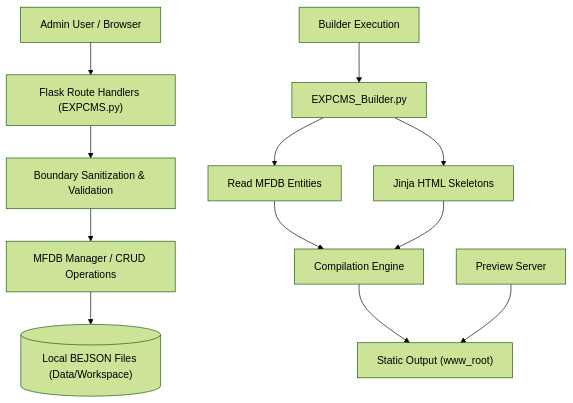
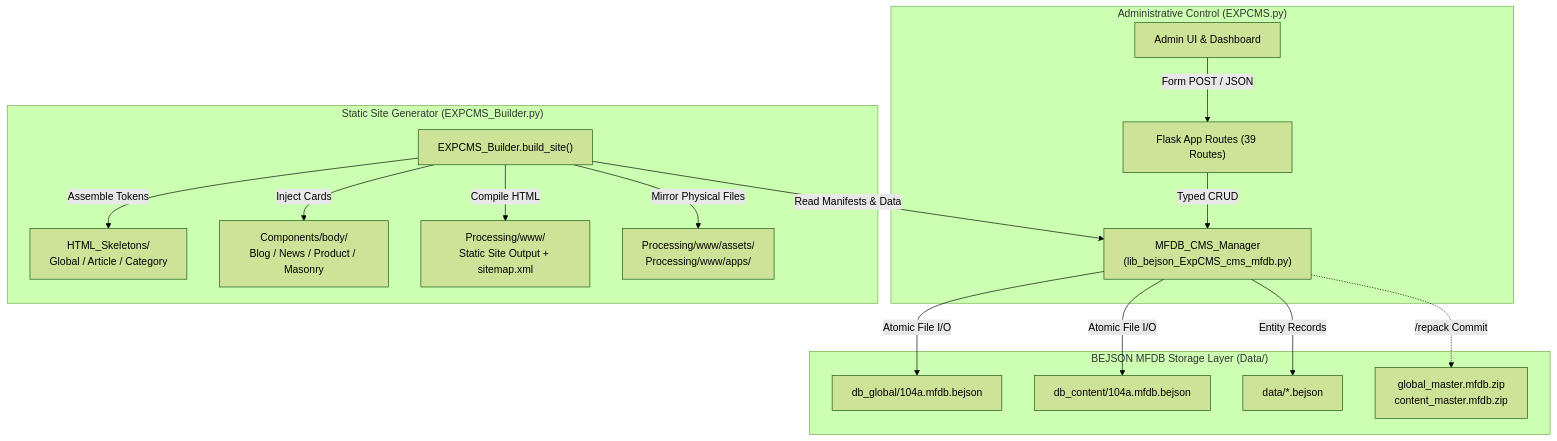
The diagram in README.md (boehnenelton/Experimental_CMS), drawn with Mermaid (forest theme) before and after one commit. The commit also changed other lines of this file and 20 other files, not shown here.

````diff
--- a/README.md
+++ b/README.md
@@ -134,16 +115,22 @@
 ```mermaid
 flowchart TD
-    A["Admin User / Browser"] --> B["Flask Route Handlers (EXPCMS.py)"]
-    B --> C["Boundary Sanitization & Validation"]
-    C --> D["MFDB Manager / CRUD Operations"]
-    D --> E[("Local BEJSON Files (Data/Workspace)")]
-    
-    F["Builder Execution"] --> G["EXPCMS_Builder.py"]
-    G --> H["Read MFDB Entities"]
-    G --> I["Jinja HTML Skeletons"]
-    H --> J["Compilation Engine"]
-    I --> J
-    J --> K["Static Output (www_root)"]
-    
-    L["Preview Server"] --> K
+    subgraph Authoring["Administrative Control (EXPCMS.py)"]
+        UI["Admin UI & Dashboard"] -->|Form POST / JSON| Routes["Flask App Routes (39 Routes)"]
+        Routes -->|Typed CRUD| Manager["MFDB_CMS_Manager\n(lib_bejson_ExpCMS_cms_mfdb.py)"]
+    end
+
+    subgraph Storage["BEJSON MFDB Storage Layer (Data/)"]
+        Manager -->|Atomic File I/O| ManifestGlobal["db_global/104a.mfdb.bejson"]
+        Manager -->|Atomic File I/O| ManifestContent["db_content/104a.mfdb.bejson"]
+        Manager -->|Entity Records| EntityFiles["data/*.bejson"]
+        Manager -.->|/repack Commit| MasterZips["global_master.mfdb.zip\ncontent_master.mfdb.zip"]
+    end
+
+    subgraph Compilation["Static Site Generator (EXPCMS_Builder.py)"]
+        Builder["EXPCMS_Builder.build_site()"] -->|Read Manifests & Data| Manager
+        Builder -->|Assemble Tokens| Skeletons["HTML_Skeletons/\nGlobal / Article / Category"]
+        Builder -->|Inject Cards| Components["Components/body/\nBlog / News / Product / Masonry"]
+        Builder -->|Compile HTML| Output["Processing/www/\nStatic Site Output + sitemap.xml"]
+        Builder -->|Mirror Physical Files| OutputAssets["Processing/www/assets/\nProcessing/www/apps/"]
+    end
 ```
````
